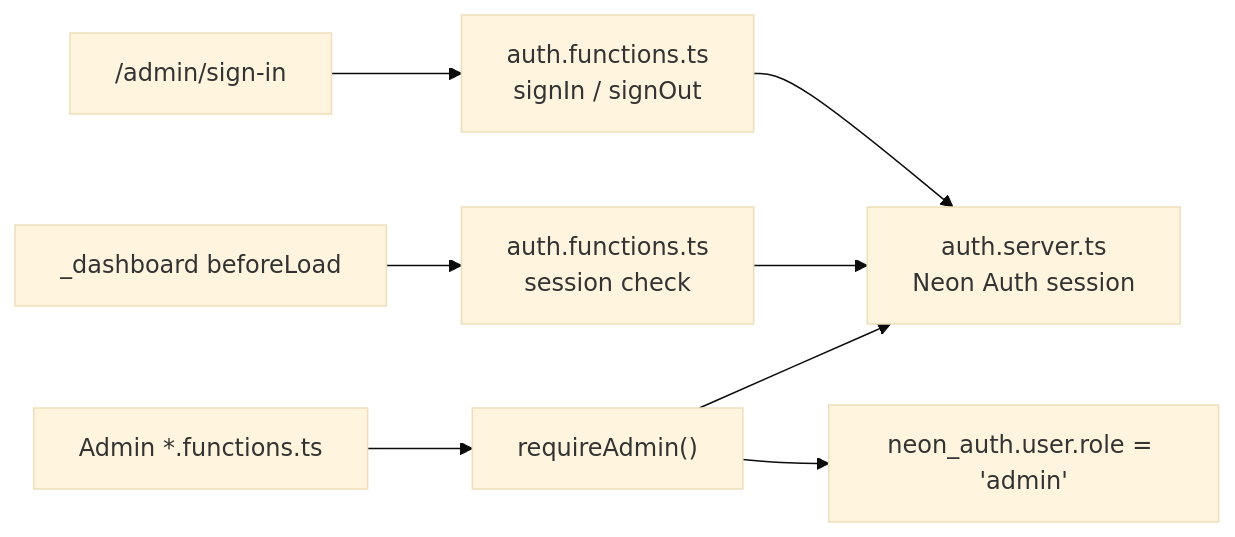
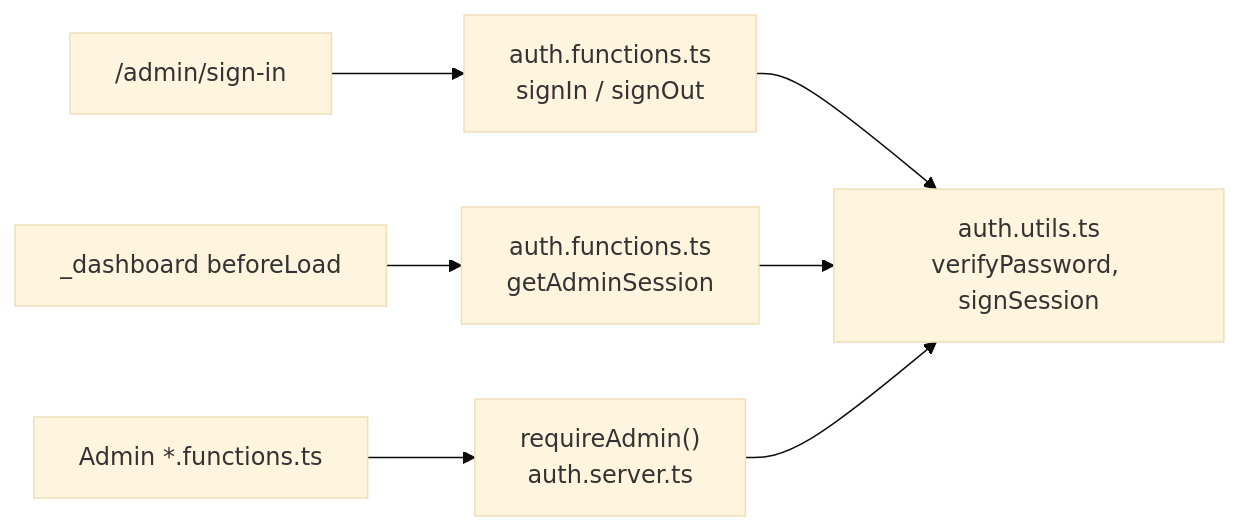
Before and after one commit to wends05/final-portfolio: the second of 3 diagrams in docs/architecture.md, drawn with Mermaid (base theme). The commit also changed other lines of this file and 6 other files, not shown here.

First line of the commit message:
docs: record owner password auth in ADR 0019, superseding 0013

````diff
--- a/docs/architecture.md
+++ b/docs/architecture.md
@@ -61,10 +61,9 @@
 ```mermaid
 flowchart LR
     SignIn["/admin/sign-in"] --> Fn["auth.functions.ts<br/>signIn / signOut"]
-    Fn --> Auth["auth.server.ts<br/>Neon Auth session"]
-    Layout["_dashboard beforeLoad"] --> Check["auth.functions.ts<br/>session check"]
-    Check --> Auth
-    Admin["Admin *.functions.ts"] --> Require["requireAdmin()"]
-    Require --> Auth
-    Require --> Role["neon_auth.user.role = 'admin'"]
+    Fn --> Utils["auth.utils.ts<br/>verifyPassword, signSession"]
+    Layout["_dashboard beforeLoad"] --> Check["auth.functions.ts<br/>getAdminSession"]
+    Check --> Utils
+    Admin["Admin *.functions.ts"] --> Require["requireAdmin()<br/>auth.server.ts"]
+    Require --> Utils
 ```
````
